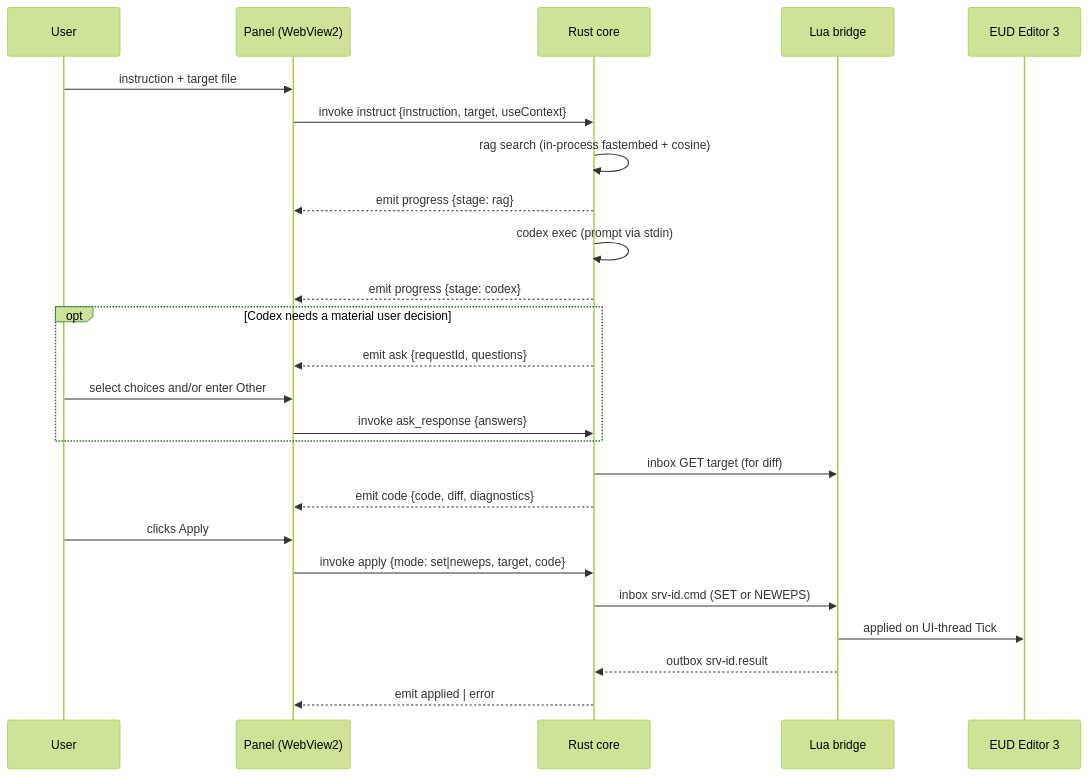
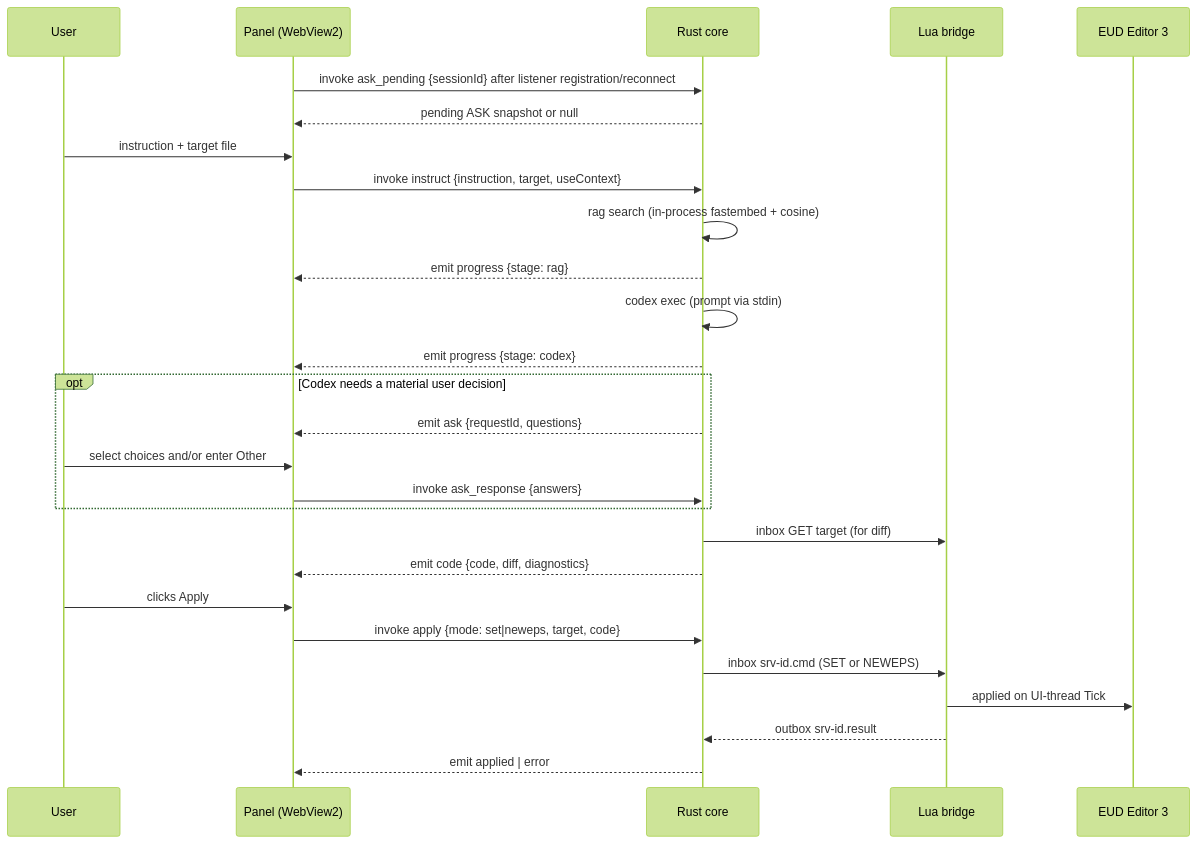
Before and after one commit to raravel/eud-agent: the second of 3 diagrams in hivemind/docs/architecture.md, drawn with Mermaid (forest theme). The commit also changed other lines of this file and 128 other files, not shown here.

````diff
--- a/hivemind/docs/architecture.md
+++ b/hivemind/docs/architecture.md
@@ -68,27 +68,29 @@
 ```mermaid
 sequenceDiagram
     participant U as User
     participant P as Panel (WebView2)
     participant C as Rust core
     participant L as Lua bridge
     participant E as EUD Editor 3
+    P->>C: invoke ask_pending {sessionId} after listener registration/reconnect
+    C-->>P: pending ASK snapshot or null
     U->>P: instruction + target file
     P->>C: invoke instruct {instruction, target, useContext}
     C->>C: rag search (in-process fastembed + cosine)
     C-->>P: emit progress {stage: rag}
     C->>C: codex exec (prompt via stdin)
     C-->>P: emit progress {stage: codex}
     opt Codex needs a material user decision
         C-->>P: emit ask {requestId, questions}
         U->>P: select choices and/or enter Other
         P->>C: invoke ask_response {answers}
     end
     C->>L: inbox GET target (for diff)
     C-->>P: emit code {code, diff, diagnostics}
     U->>P: clicks Apply
     P->>C: invoke apply {mode: set|neweps, target, code}
     C->>L: inbox srv-id.cmd (SET or NEWEPS)
     L->>E: applied on UI-thread Tick
     L-->>C: outbox srv-id.result
     C-->>P: emit applied | error
 ```
````
